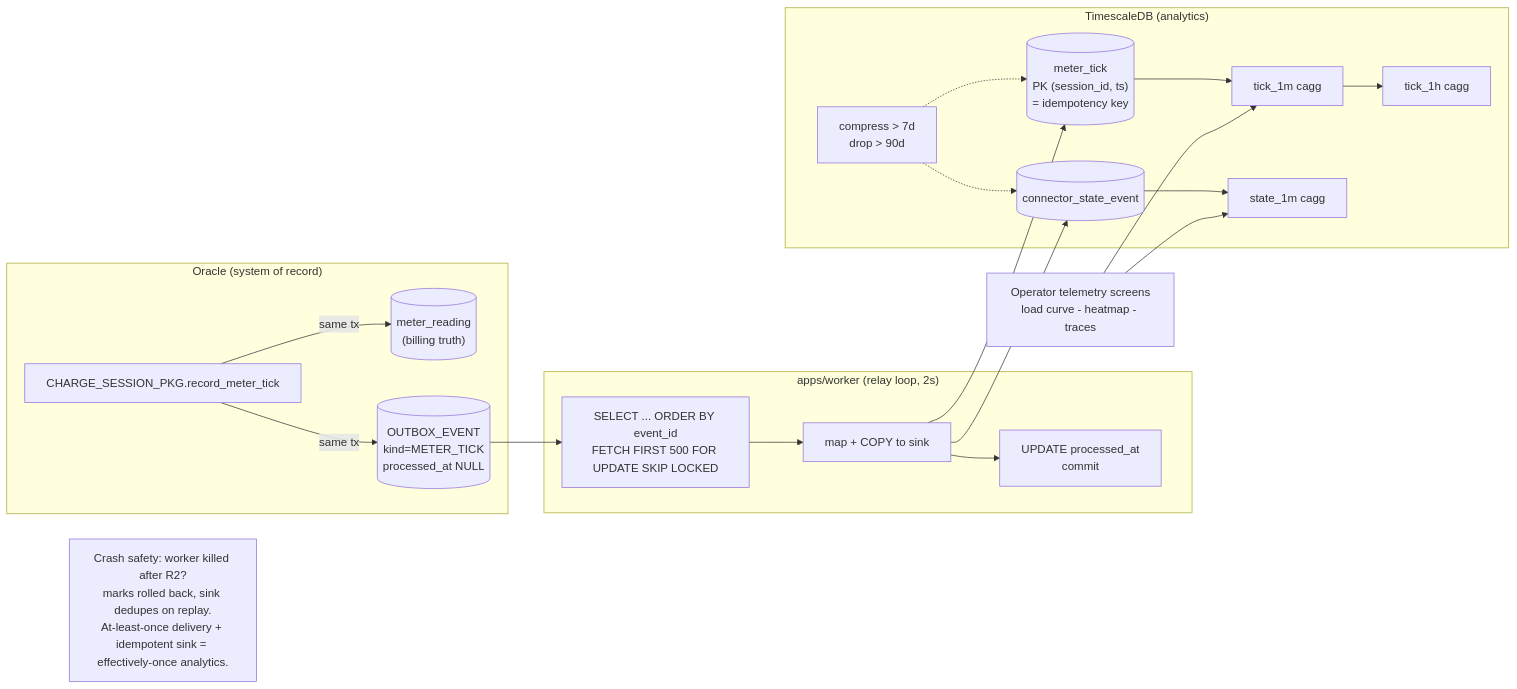
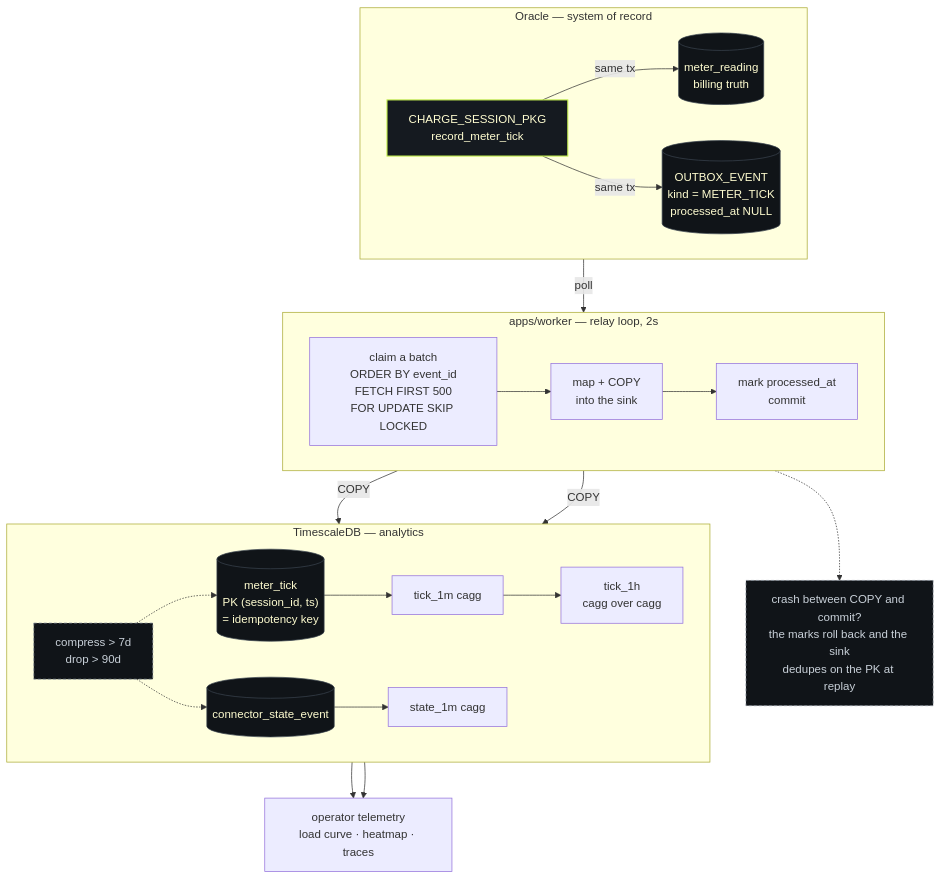
One commit to humoge7502/VoltHub-CSMS changed the diagram in diagrams/da3-pipeline.mmd. Above: the diagram before and after it, drawn with Mermaid. The commit also changed 53 other files, not shown here.

```diff
--- a/diagrams/da3-pipeline.mmd
+++ b/diagrams/da3-pipeline.mmd
@@ -1,32 +1,50 @@
 %% VoltHub CSMS — DA3 outbox pipeline: Oracle OLTP to TimescaleDB OLAP (Section 29)
-flowchart LR
-    subgraph OLTP["Oracle (system of record)"]
-        SP["CHARGE_SESSION_PKG.record_meter_tick"] -->|"same tx"| MR[("meter_reading<br/>(billing truth)")]
-        SP -->|"same tx"| OB[("OUTBOX_EVENT<br/>kind=METER_TICK<br/>processed_at NULL")]
+%% Render: bash scripts/render-diagrams.sh  ->  diagrams/out/da3-pipeline.{svg,png}
+flowchart TB
+    subgraph OLTP["Oracle — system of record"]
+        direction LR
+        SP["CHARGE_SESSION_PKG<br/>record_meter_tick"]
+        MR[("meter_reading<br/>billing truth")]
+        OB[("OUTBOX_EVENT<br/>kind = METER_TICK<br/>processed_at NULL")]
+        SP -->|"same tx"| MR
+        SP -->|"same tx"| OB
     end
 
-    subgraph Worker["apps/worker (relay loop, 2s)"]
-        R1["SELECT ... ORDER BY event_id<br/>FETCH FIRST 500 FOR UPDATE SKIP LOCKED"]
-        R2["map + COPY to sink"]
-        R3["UPDATE processed_at<br/>commit"]
+    subgraph Worker["apps/worker — relay loop, 2s"]
+        direction LR
+        R1["claim a batch<br/>ORDER BY event_id<br/>FETCH FIRST 500<br/>FOR UPDATE SKIP LOCKED"]
+        R2["map + COPY<br/>into the sink"]
+        R3["mark processed_at<br/>commit"]
         R1 --> R2 --> R3
     end
 
-    subgraph OLAP["TimescaleDB (analytics)"]
+    subgraph OLAP["TimescaleDB — analytics"]
+        direction LR
         MT[("meter_tick<br/>PK (session_id, ts)<br/>= idempotency key")]
         CSE[("connector_state_event")]
-        MT --> C1["tick_1m cagg"]
-        C1 --> C2["tick_1h cagg"]
-        CSE --> C3["state_1m cagg"]
-        POL["compress > 7d<br/>drop > 90d"] -.-> MT
+        C1["tick_1m cagg"]
+        C2["tick_1h<br/>cagg over cagg"]
+        C3["state_1m cagg"]
+        POL["compress > 7d<br/>drop > 90d"]
+        MT --> C1 --> C2
+        CSE --> C3
+        POL -.-> MT
         POL -.-> CSE
     end
 
-    DASH["Operator telemetry screens<br/>load curve - heatmap - traces"] --> C1
-    DASH --> C3
+    DASH["operator telemetry<br/>load curve · heatmap · traces"]
+    NOTE["crash between COPY and commit?<br/>the marks roll back and the sink<br/>dedupes on the PK at replay"]
 
-    OB --> R1
-    R2 --> MT
-    R2 --> CSE
+    OB -->|"poll"| R1
+    R2 -->|"COPY"| MT
+    R2 -->|"COPY"| CSE
+    C1 --> DASH
+    C3 --> DASH
+    R3 -.-> NOTE
 
-    note["Crash safety: worker killed after R2?<br/>marks rolled back, sink dedupes on replay.<br/>At-least-once delivery + idempotent sink = effectively-once analytics."]
+    classDef money fill:#151a20,stroke:#c6f24e,stroke-width:1.5px,color:#fffdd0
+    classDef store fill:#101418,stroke:#3a444e,color:#fffdd0
+    classDef policy fill:#101418,stroke:#8a949f,stroke-dasharray:4 3,color:#c9d1d9
+    class SP money
+    class MR,OB,MT,CSE store
+    class POL,NOTE policy
```
